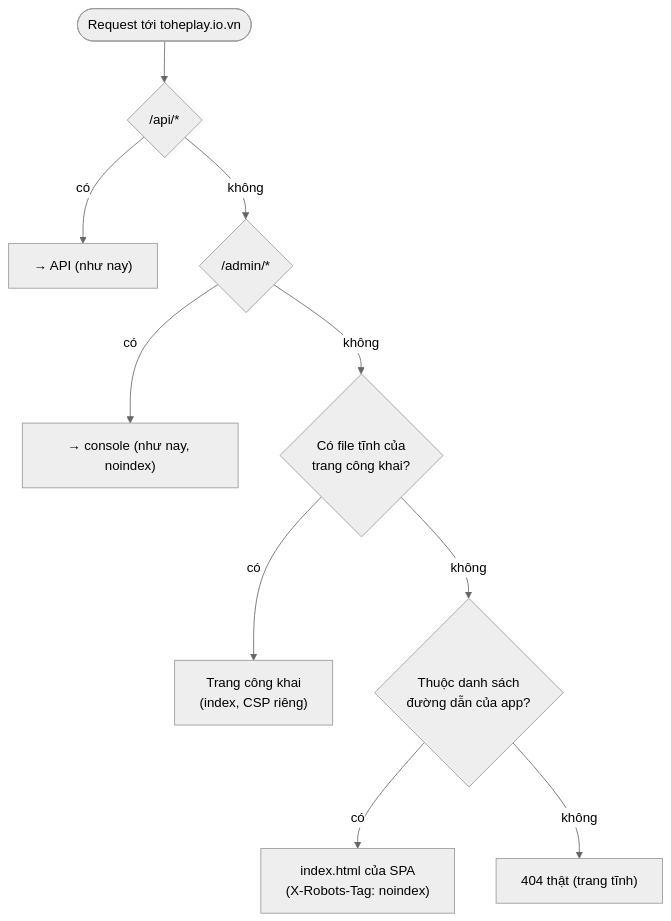
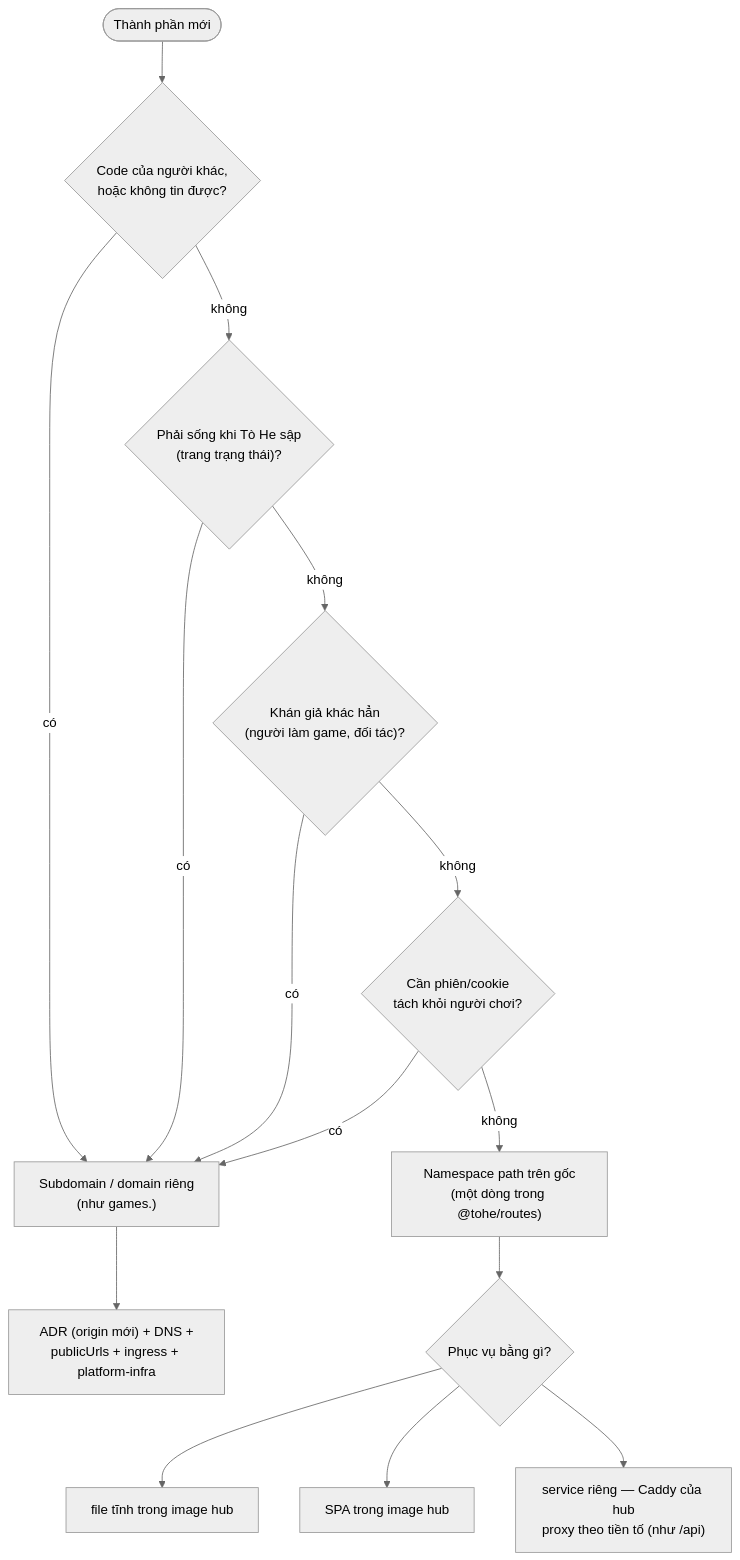
The second of 2 diagrams in plans/product-surface/items/D-01-host-and-path-layout.md (vinh466/tohe-play), drawn with Mermaid (neutral theme) before and after one commit. The commit also changed other lines of this file and 6 other files, not shown here.

````diff
--- a/plans/product-surface/items/D-01-host-and-path-layout.md
+++ b/plans/product-surface/items/D-01-host-and-path-layout.md
@@ -51,12 +88,17 @@
 ```mermaid
 flowchart TD
-  req([Request tới toheplay.io.vn]) --> api{"/api/*"}
-  api -- có --> toapi["→ API (như nay)"]
-  api -- không --> adm{"/admin/*"}
-  adm -- có --> console["→ console (như nay, noindex)"]
-  adm -- không --> file{"Có file tĩnh của<br/>trang công khai?"}
-  file -- có --> pub["Trang công khai<br/>(index, CSP riêng)"]
-  file -- không --> route{"Thuộc danh sách<br/>đường dẫn của app?"}
-  route -- có --> spa["index.html của SPA<br/>(X-Robots-Tag: noindex)"]
-  route -- không --> nf["404 thật (trang tĩnh)"]
+  new([Thành phần mới]) --> q1{"Code của người khác,<br/>hoặc không tin được?"}
+  q1 -- có --> sub["Subdomain / domain riêng<br/>(như games.)"]
+  q1 -- không --> q2{"Phải sống khi Tò He sập<br/>(trang trạng thái)?"}
+  q2 -- có --> sub
+  q2 -- không --> q3{"Khán giả khác hẳn<br/>(người làm game, đối tác)?"}
+  q3 -- có --> sub
+  q3 -- không --> q4{"Cần phiên/cookie<br/>tách khỏi người chơi?"}
+  q4 -- có --> sub
+  q4 -- không --> path["Namespace path trên gốc<br/>(một dòng trong @tohe/routes)"]
+  sub --> adr["ADR (origin mới) + DNS +<br/>publicUrls + ingress + platform-infra"]
+  path --> serve{"Phục vụ bằng gì?"}
+  serve --> s1["file tĩnh trong image hub"]
+  serve --> s2["SPA trong image hub"]
+  serve --> s3["service riêng — Caddy của hub<br/>proxy theo tiền tố (như /api)"]
 ```
````
